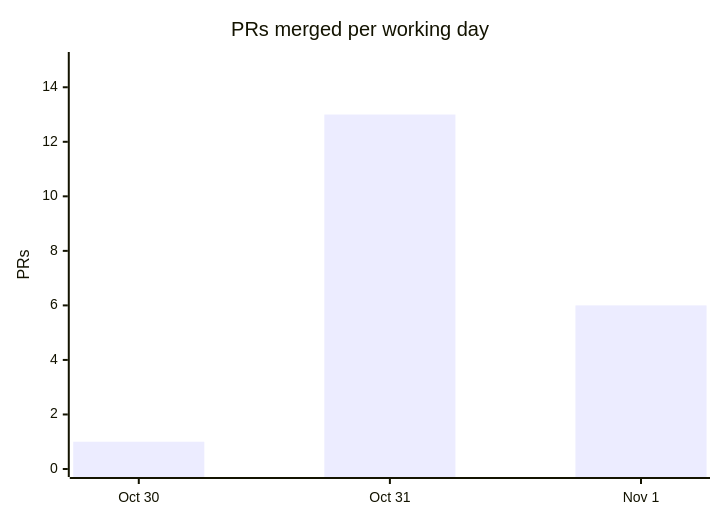
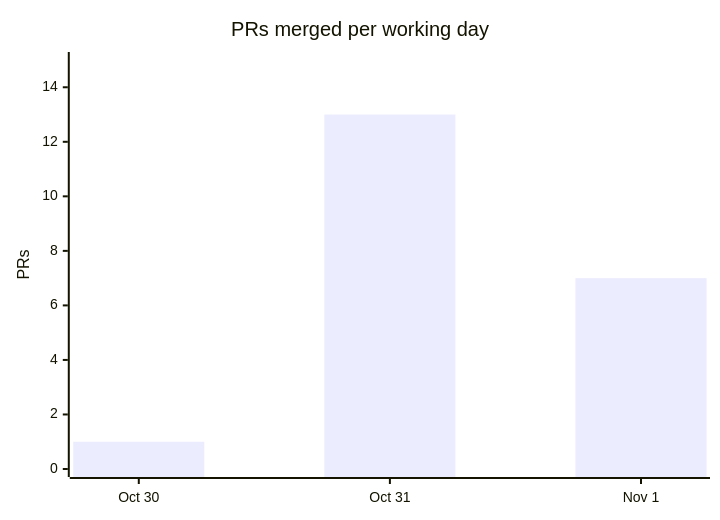
One commit to cmprssd/nfsh changed the fourth of 4 diagrams in docs/OVERVIEW.md. Above: the diagram before and after it, drawn with Mermaid. The commit also changed other lines of this file and 6 other files, not shown here.

````diff
--- a/docs/OVERVIEW.md
+++ b/docs/OVERVIEW.md
@@ -139,7 +139,7 @@
 ```mermaid
 xychart-beta
     title "PRs merged per working day"
     x-axis ["Oct 30", "Oct 31", "Nov 1"]
     y-axis "PRs" 0 --> 15
-    bar [1, 13, 6]
+    bar [1, 13, 7]
 ```
````
